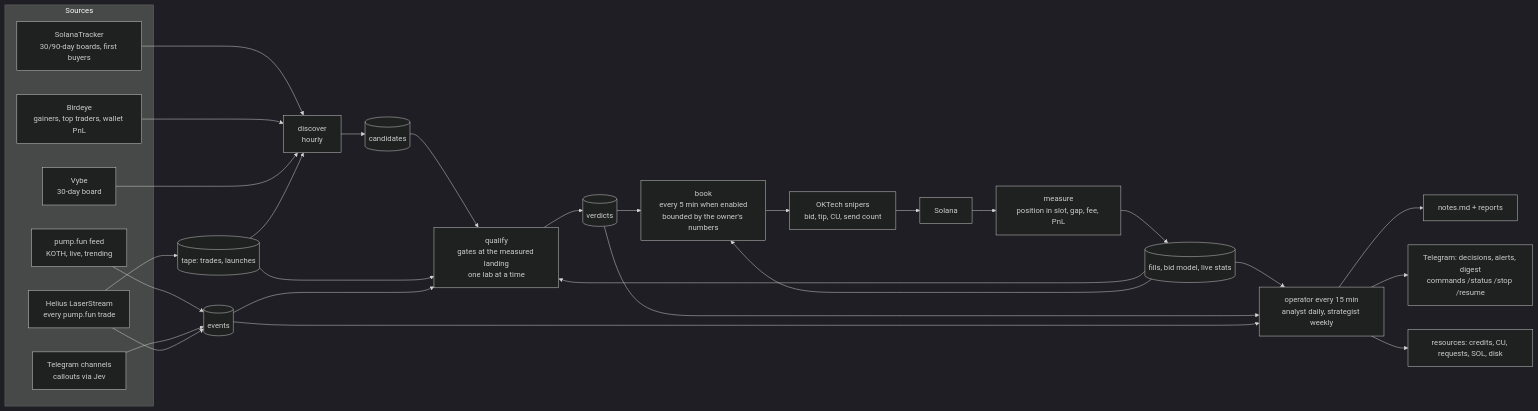
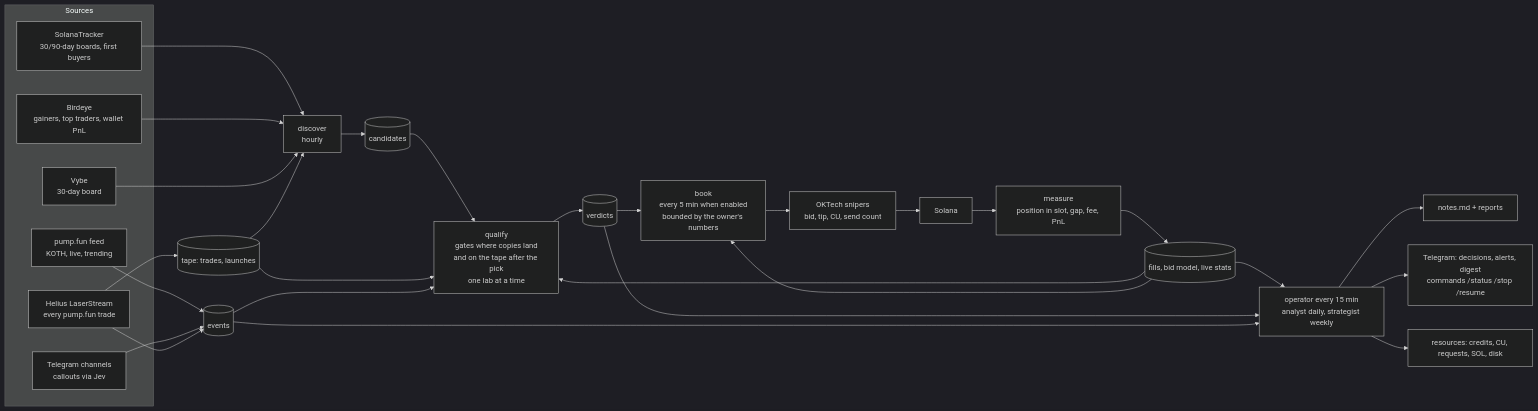
Before and after one commit to frieshimself-cpu/snipetech: the diagram in docs/architecture.md, drawn with Mermaid (dark theme). The commit also changed other lines of this file and 5 other files, not shown here.

First line of the commit message:
docs: which wallets the book may copy since 7 Nov: scored where copies land, checked after the pick

````diff
--- a/docs/architecture.md
+++ b/docs/architecture.md
@@ -5,42 +5,42 @@
 ```mermaid
 flowchart LR
   subgraph Sources
     H[Helius LaserStream<br/>every pump.fun trade]
     ST[SolanaTracker<br/>30/90-day boards, first buyers]
     BE[Birdeye<br/>gainers, top traders, wallet PnL]
     VY[Vybe<br/>30-day board]
     PF[pump.fun feed<br/>KOTH, live, trending]
     TG[Telegram channels<br/>callouts via Jev]
   end
 
   H --> T[(tape: trades, launches)]
   PF --> E[(events)]
   TG --> E
   H --> E
 
   ST --> D[discover<br/>hourly]
   BE --> D
   VY --> D
   T --> D
   D --> C[(candidates)]
 
-  C --> Q[qualify<br/>gates at the measured landing<br/>one lab at a time]
+  C --> Q[qualify<br/>gates where copies land<br/>and on the tape after the pick<br/>one lab at a time]
   T --> Q
   E --> Q
   Q --> V[(verdicts)]
 
   V --> B[book<br/>every 5 min when enabled<br/>bounded by the owner's numbers]
   B --> OK[OKTech snipers<br/>bid, tip, CU, send count]
   OK --> CH[Solana]
   CH --> M[measure<br/>position in slot, gap, fee, PnL]
   M --> F[(fills, bid model, live stats)]
   F --> Q
   F --> B
 
   F --> O[operator every 15 min<br/>analyst daily, strategist weekly]
   V --> O
   E --> O
   O --> N[notes.md + reports]
   O --> TGB[Telegram: decisions, alerts, digest<br/>commands /status /stop /resume]
   O --> R[resources: credits, CU, requests, SOL, disk]
 ```
````
